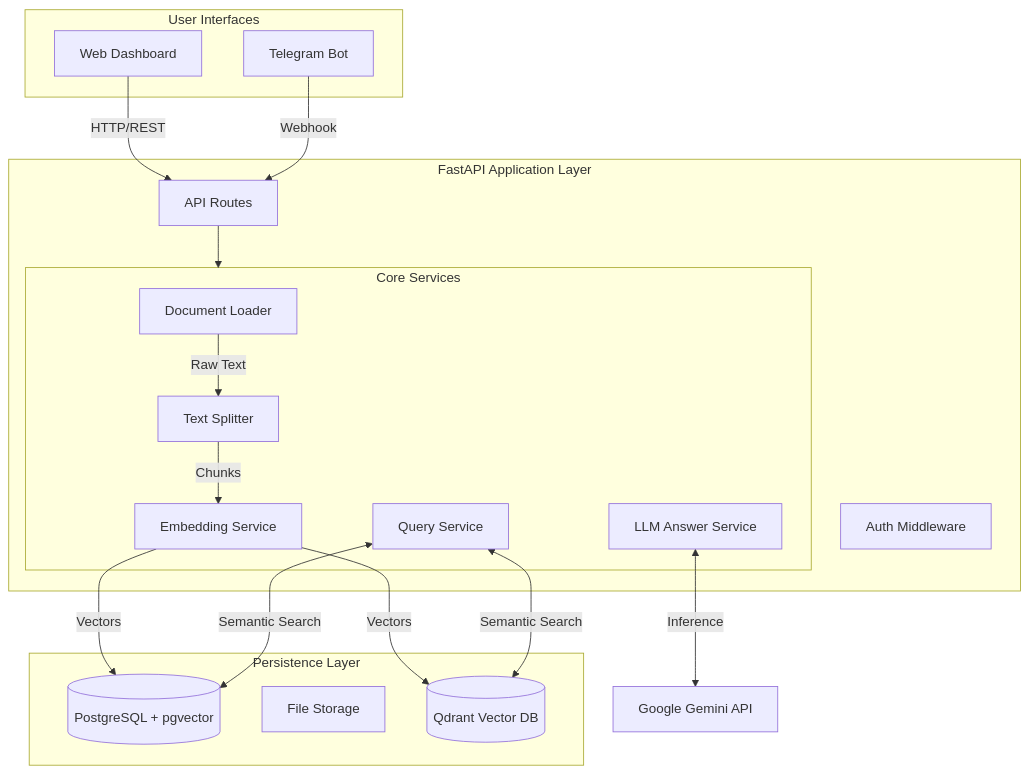
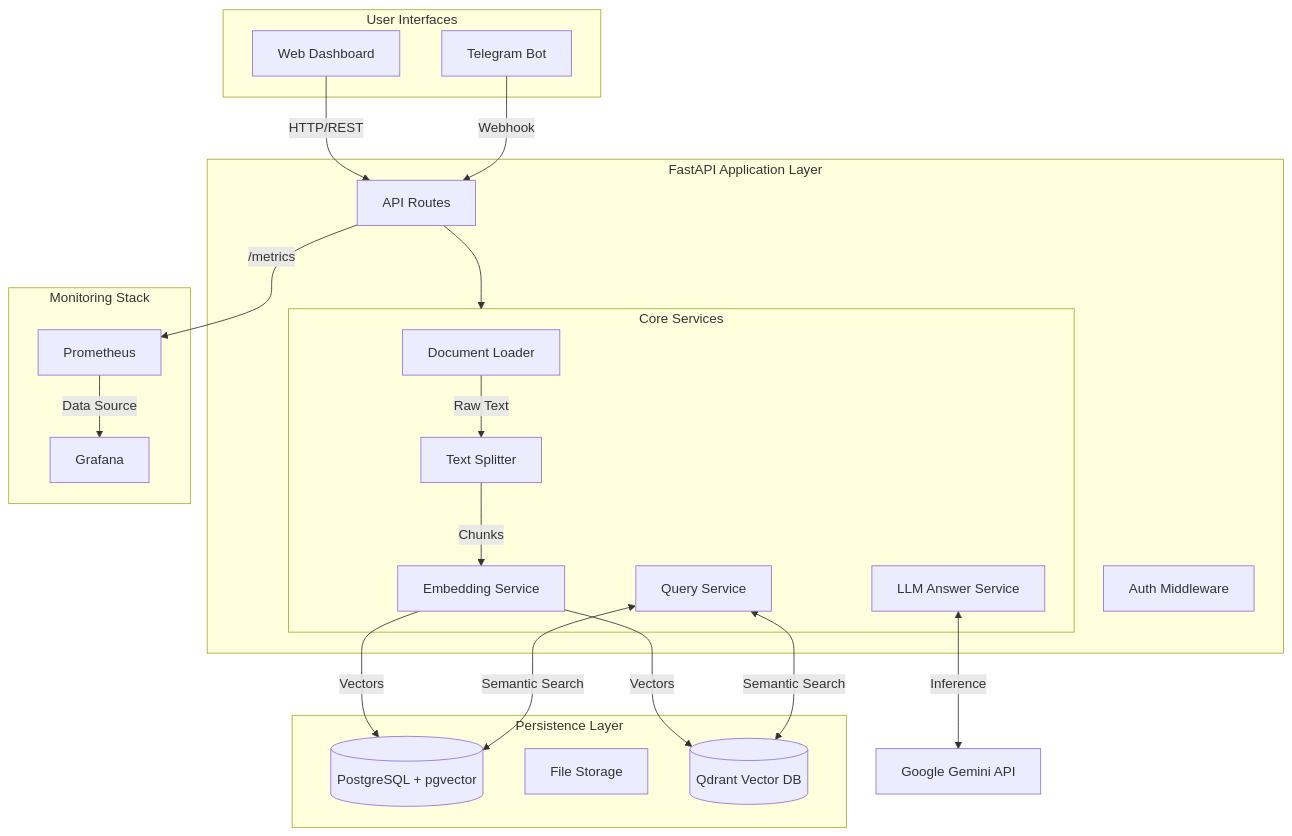
Before and after one commit to SaeedNeamtallah/answerly: the second of 4 diagrams in README.md, drawn with Mermaid. The commit also changed other lines of this file and 23 other files, not shown here.

````diff
--- a/README.md
+++ b/README.md
@@ -50,41 +50,49 @@
 ```mermaid
 graph TD
     subgraph Frontend ["User Interfaces"]
         UI[Web Dashboard]
         TG[Telegram Bot]
     end
 
     subgraph Backend ["FastAPI Application Layer"]
         API[API Routes]
         Auth[Auth Middleware]
         
         subgraph Services ["Core Services"]
             Loader[Document Loader]
             Chunker[Text Splitter]
             Embedder[Embedding Service]
             Retriever[Query Service]
             GenAI[LLM Answer Service]
         end
     end
 
     subgraph Data ["Persistence Layer"]
         PG[(PostgreSQL + pgvector)]
         FS[File Storage]
         Qdrant[(Qdrant Vector DB)]
     end
 
+    subgraph Monitoring ["Monitoring Stack"]
+        Prom[Prometheus]
+        Graf[Grafana]
+    end
+
     UI -->|HTTP/REST| API
     TG -->|Webhook| API
     
     API --> Services
     
     Loader -->|Raw Text| Chunker
     Chunker -->|Chunks| Embedder
     Embedder -->|Vectors| PG
     Embedder -->|Vectors| Qdrant
     
     Retriever <-->|Semantic Search| PG
     Retriever <-->|Semantic Search| Qdrant
     
     GenAI <-->|Inference| Gemini[Google Gemini API]
+
+    API -->|/metrics| Prom
+    Prom -->|Data Source| Graf
 ```
````
